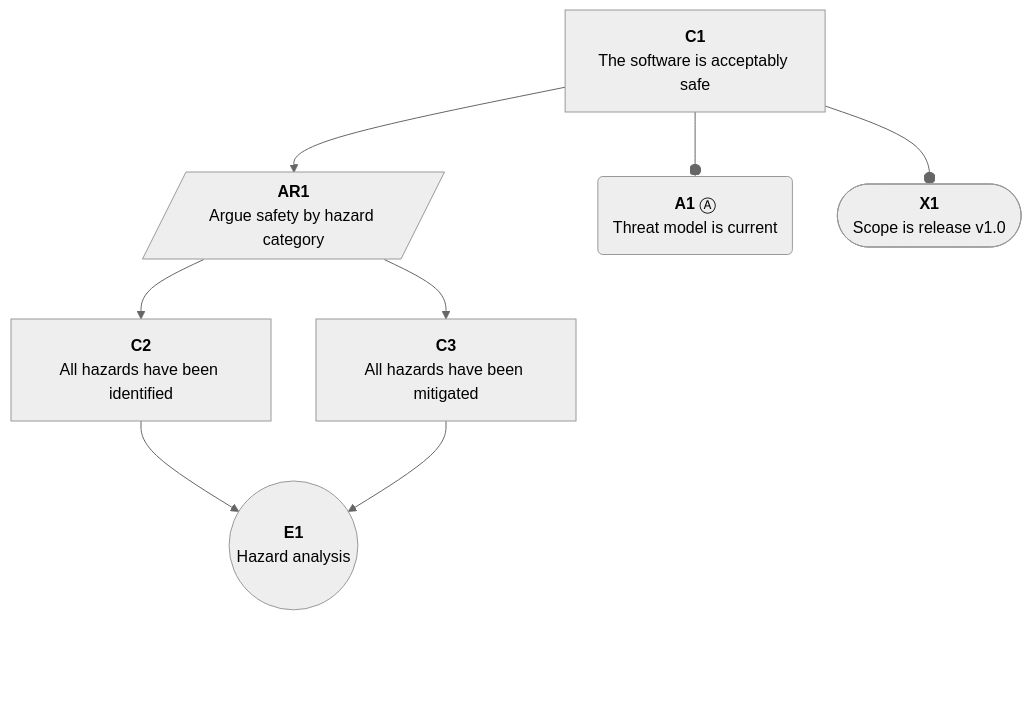
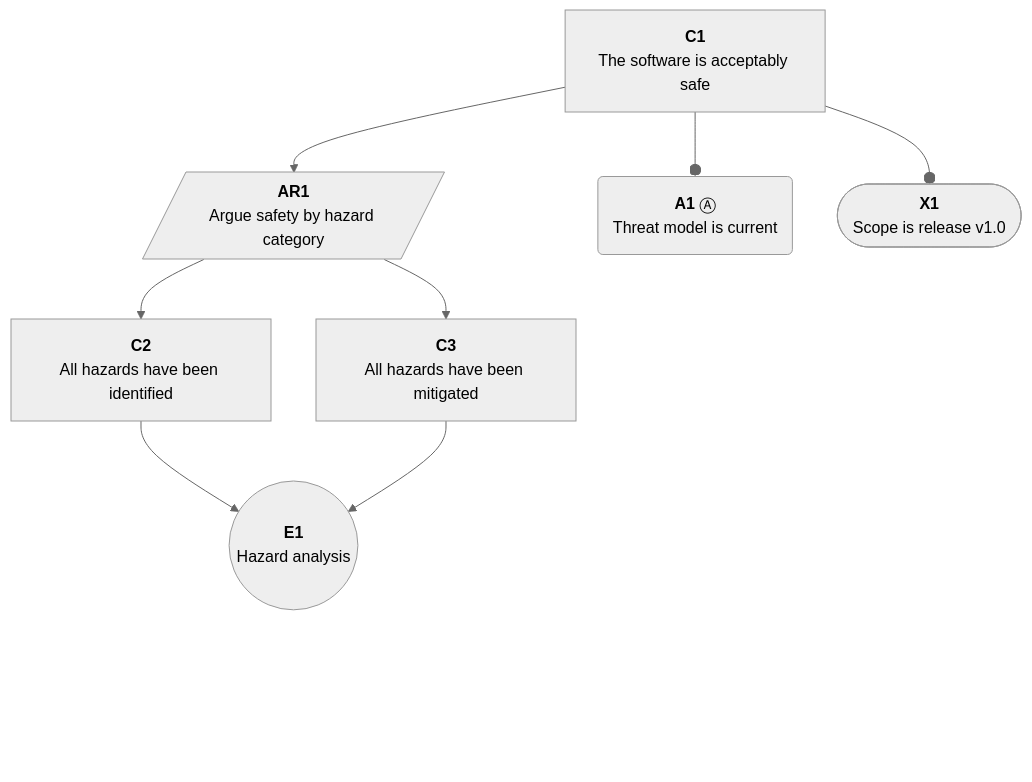
One commit to david-a-wheeler/verocase changed the diagram in tests/fixtures/simple.gsn.mermaid.expected.md. Above: the diagram before and after it, drawn with Mermaid. The commit also changed 8 other files, not shown here.

First line of the commit message:
Force BottomPadding to have vertical height

````diff
--- a/tests/fixtures/simple.gsn.mermaid.expected.md
+++ b/tests/fixtures/simple.gsn.mermaid.expected.md
@@ -1,41 +1,41 @@
 ```mermaid
 ---
 config:
   theme: neutral
   flowchart:
     curve: basis
     htmlLabels: true
     rankSpacing: 60
     nodeSpacing: 45
     padding: 15
 ---
 flowchart TD
     classDef invisible opacity:0
     classDef gsnUndev stroke-width:2px,stroke-dasharray: 5 5;
     classDef connector fill:none,stroke:#cccccc,stroke-width:1px;
     C1["<b>C1</b><br>The software is acceptably safe"]
     AR1[/"<b>AR1</b><br>Argue safety by hazard category"/]
     A1("<b>A1</b>&nbsp;Ⓐ<br>Threat model is current")
     X1(["<b>X1</b><br>Scope is release v1.0"])
     C2["<b>C2</b><br>All hazards have been identified"]
     C3["<b>C3</b><br>All hazards have been mitigated"]
     E1(("<b>E1</b><br>Hazard analysis"))
     click C1 "https://github.com/david-a-wheeler/verocase/blob/main/tests/fixtures/simple.gsn.mermaid.expected.md#claim-c1"
     click AR1 "https://github.com/david-a-wheeler/verocase/blob/main/tests/fixtures/simple.gsn.mermaid.expected.md#strategy-ar1"
     click A1 "https://github.com/david-a-wheeler/verocase/blob/main/tests/fixtures/simple.gsn.mermaid.expected.md#assumption-a1"
     click X1 "https://github.com/david-a-wheeler/verocase/blob/main/tests/fixtures/simple.gsn.mermaid.expected.md#context-x1"
     click C2 "https://github.com/david-a-wheeler/verocase/blob/main/tests/fixtures/simple.gsn.mermaid.expected.md#claim-c2"
     click C3 "https://github.com/david-a-wheeler/verocase/blob/main/tests/fixtures/simple.gsn.mermaid.expected.md#claim-c3"
     click E1 "https://github.com/david-a-wheeler/verocase/blob/main/tests/fixtures/simple.gsn.mermaid.expected.md#evidence-e1"
 
     C1 --> AR1
     AR1 --> C2
     C2 --> E1
     AR1 --> C3
     C3 --> E1
     C1 --o A1
     C1 --o X1
-    E1 ~~~ BottomPadding1[ ]:::invisible
-    A1 ~~~ BottomPadding2[ ]:::invisible
-    X1 ~~~ BottomPadding3[ ]:::invisible
+    E1 ~~~ BottomPadding1["<br/><br/><br/>"]:::invisible
+    A1 ~~~ BottomPadding2["<br/><br/><br/>"]:::invisible
+    X1 ~~~ BottomPadding3["<br/><br/><br/>"]:::invisible
 ```
````
